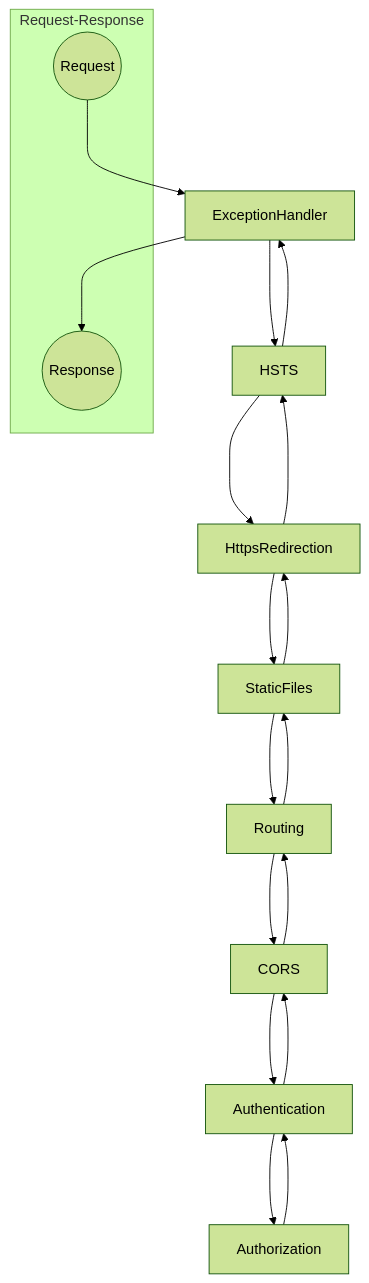
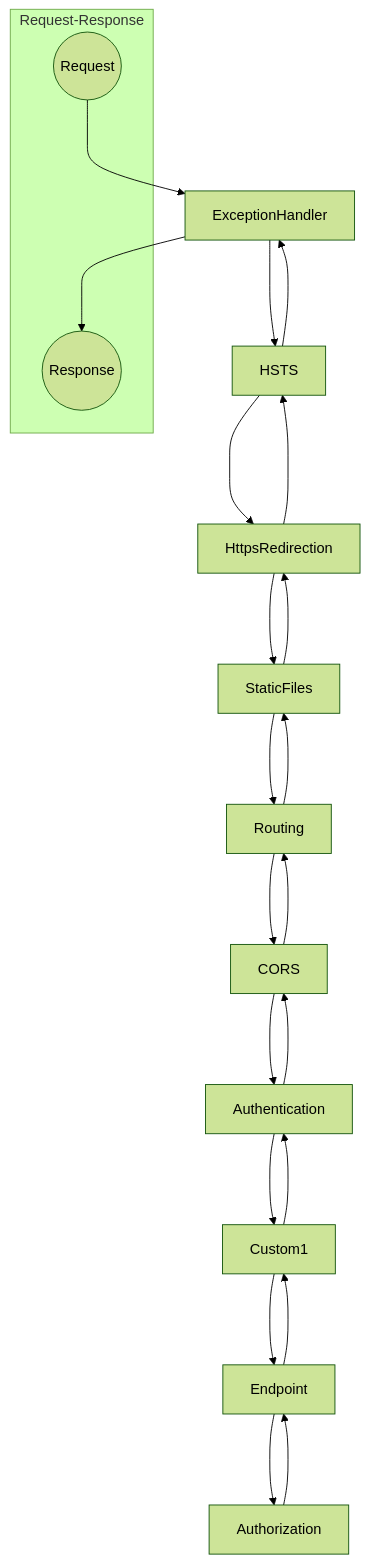
The diagram in MiddlewareMermaid/d.md (Rick-Anderson/MiddlewareMermaid), drawn with Mermaid (forest theme) before and after one commit.

````diff
--- a/MiddlewareMermaid/d.md
+++ b/MiddlewareMermaid/d.md
@@ -1,30 +1,35 @@
 ```mermaid
 graph TD;
     subgraph Request-Response
         Request((Request))
         Response((Response))
     end
     Request--->ExceptionHandler
     ExceptionHandler--->HSTS
     HSTS--->HttpsRedirection
     HttpsRedirection--->StaticFiles
     StaticFiles--->Routing
     Routing--->CORS
     CORS--->Authentication
-    Authentication--->Authorization
+    Authentication--->Custom1
+    Custom1--->Endpoint
+    Endpoint--->Authorization
     
-    Authorization-->Authentication
+    Authorization-->Endpoint
+    Endpoint-->Custom1
+    Custom1-->Authentication
     Authentication--->CORS
     CORS--->Routing
     Routing--->StaticFiles
     StaticFiles--->HttpsRedirection
     HttpsRedirection--->HSTS
     HSTS--->ExceptionHandler
     ExceptionHandler--->Response
 
 
 
 
 
 
+
 ```
````
